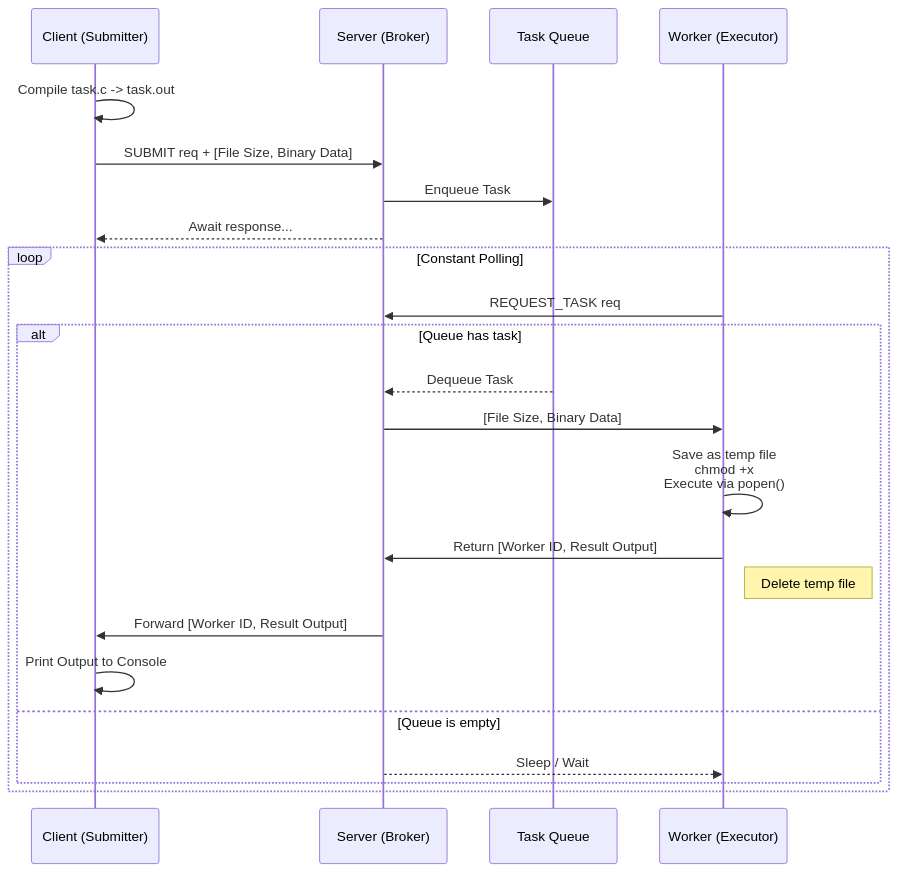
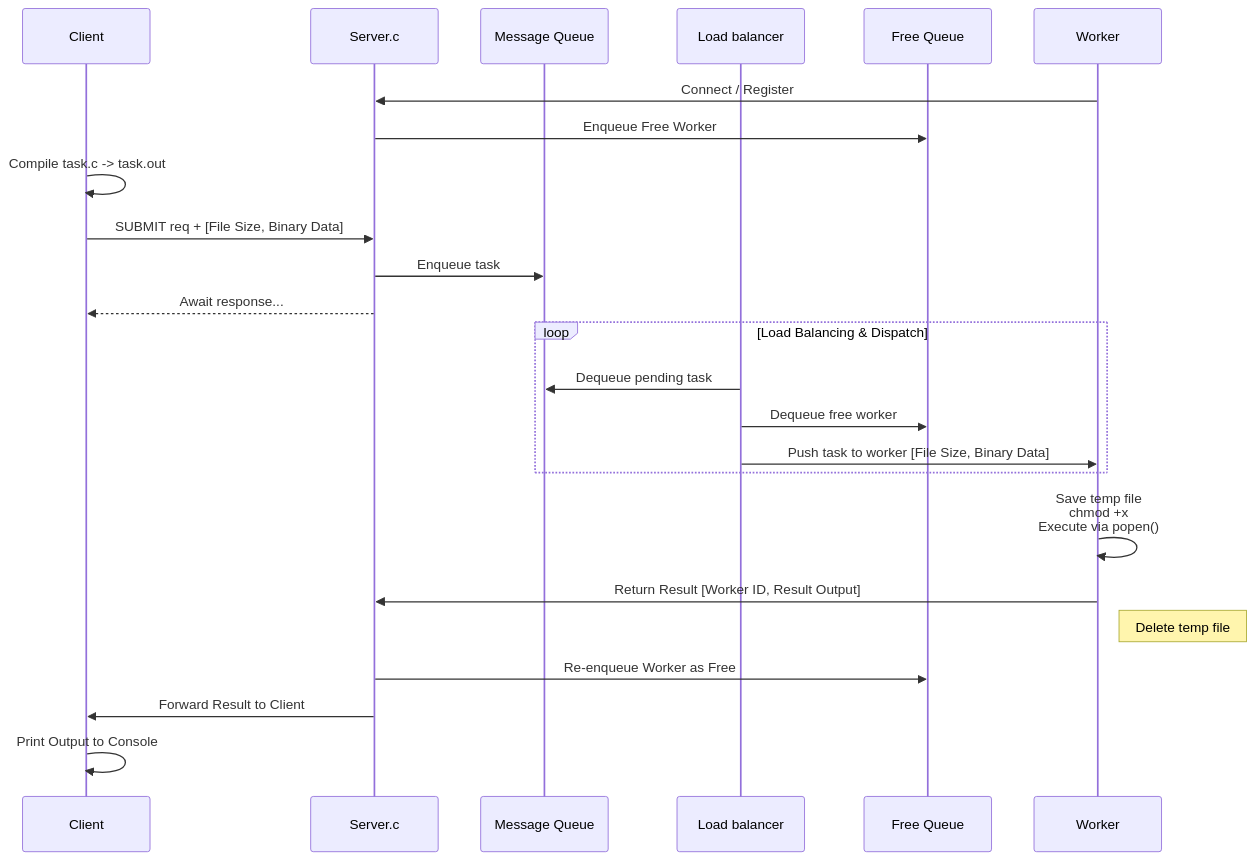
Before and after one commit to Supp140106/distassi: the diagram in README.md, drawn with Mermaid.

Commit message:
editing done

````diff
--- a/README.md
+++ b/README.md
@@ -9,27 +9,30 @@
 ```mermaid
 sequenceDiagram
-    participant C as Client (Submitter)
-    participant S as Server (Broker)
-    participant Q as Task Queue
-    participant W as Worker (Executor)
+    participant C as Client
+    participant S as Server.c
+    participant MQ as Message Queue
+    participant LB as Load balancer
+    participant FQ as Free Queue
+    participant W as Worker
 
+    W->>S: Connect / Register
+    S->>FQ: Enqueue Free Worker
+    
     C->>C: Compile task.c -> task.out
     C->>S: SUBMIT req + [File Size, Binary Data]
-    S->>Q: Enqueue Task
+    S->>MQ: Enqueue task
     S-->>C: Await response...
     
-    loop Constant Polling
-        W->>S: REQUEST_TASK req
-        alt Queue has task
-            Q-->>S: Dequeue Task
-            S->>W: [File Size, Binary Data]
-            W->>W: Save as temp file<br/>chmod +x<br/>Execute via popen()
-            W->>S: Return [Worker ID, Result Output]
-            Note right of W: Delete temp file
-            S->>C: Forward [Worker ID, Result Output]
-            C->>C: Print Output to Console
-        else Queue is empty
-            S-->>W: Sleep / Wait
-        end
+    loop Load Balancing & Dispatch
+        LB->>MQ: Dequeue pending task
+        LB->>FQ: Dequeue free worker
+        LB->>W: Push task to worker [File Size, Binary Data]
     end
+    
+    W->>W: Save temp file<br/>chmod +x<br/>Execute via popen()
+    W->>S: Return Result [Worker ID, Result Output]
+    Note right of W: Delete temp file
+    S->>FQ: Re-enqueue Worker as Free
+    S->>C: Forward Result to Client
+    C->>C: Print Output to Console
 ```
````
